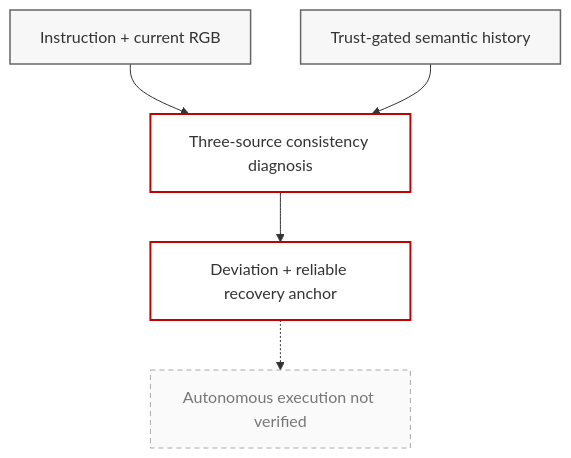
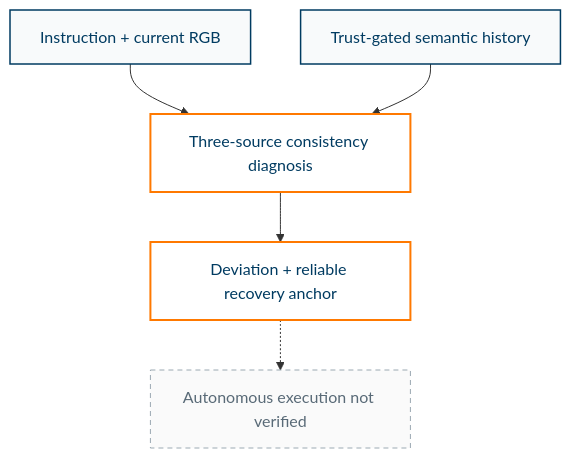
Before and after one commit to lijinghai/lijinghai.github.io: the diagram in RabbitRobotNav/paper-method-v9.mmd, drawn with Mermaid. The commit also changed 10 other files, not shown here.

```diff
--- a/RabbitRobotNav/paper-method-v9.mmd
+++ b/RabbitRobotNav/paper-method-v9.mmd
@@ -1,12 +1,12 @@
 flowchart TB
     I["Instruction + current RGB"] --> C["Three-source consistency diagnosis"]
     M["Trust-gated semantic history"] --> C
     C --> A["Deviation + reliable recovery anchor"]
     A -.-> E["Autonomous execution not verified"]
-    classDef input fill:#f7f7f7,stroke:#666666,color:#333333,stroke-width:1.5px;
-    classDef core fill:#ffffff,stroke:#bf0303,color:#333333,stroke-width:2px;
-    classDef outcome fill:#fdf5f5,stroke:#bf0303,color:#333333,stroke-width:2px;
-    classDef pending fill:#fafafa,stroke:#aaaaaa,color:#777777,stroke-dasharray:5 4;
+    classDef input fill:#f8fafb,stroke:#003b61,color:#003b61,stroke-width:1.5px;
+    classDef core fill:#ffffff,stroke:#ff7900,color:#003b61,stroke-width:2px;
+    classDef outcome fill:#fff7ef,stroke:#ff7900,color:#003b61,stroke-width:2px;
+    classDef pending fill:#fafafa,stroke:#9ba9b2,color:#596a77,stroke-dasharray:5 4;
     class I,M input;
     class C,A core;
     class E pending;
```
